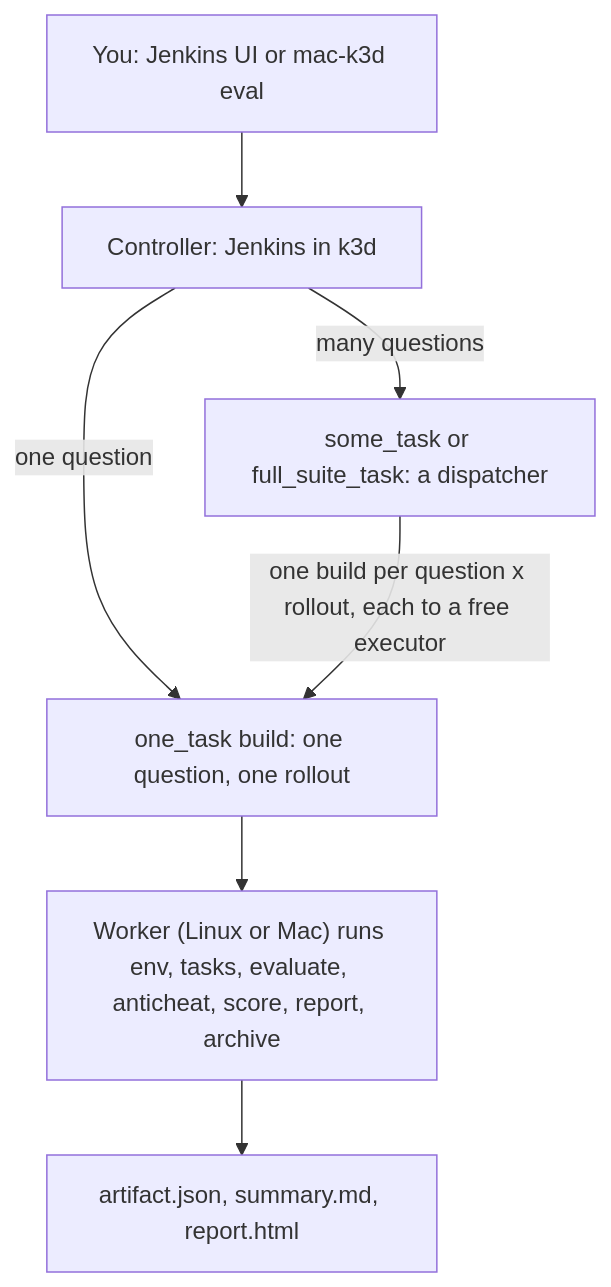
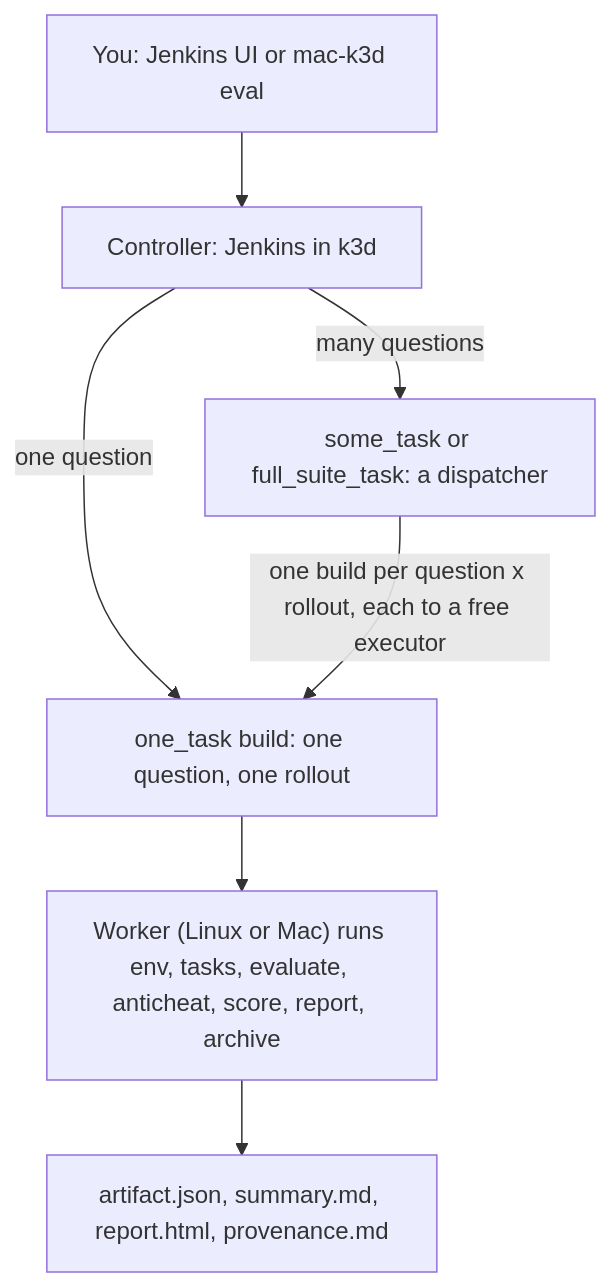
Before and after one commit to MichaelLing83/mac-k3d: the diagram in README.md, drawn with Mermaid. The commit also changed other lines of this file and 36 other files, not shown here.

````diff
--- a/README.md
+++ b/README.md
@@ -7,14 +7,14 @@
 ```mermaid
 flowchart TD
   person["You: Jenkins UI or mac-k3d eval"]
   controller["Controller: Jenkins in k3d"]
   one["one_task build: one question, one rollout"]
   many["some_task or full_suite_task: a dispatcher"]
   worker["Worker (Linux or Mac) runs env, tasks, evaluate, anticheat, score, report, archive"]
-  report["artifact.json, summary.md, report.html"]
+  report["artifact.json, summary.md, report.html, provenance.md"]
   person --> controller
   controller -->|"one question"| one
   controller -->|"many questions"| many
   many -->|"one build per question x rollout, each to a free executor"| one
   one --> worker --> report
 ```
````
